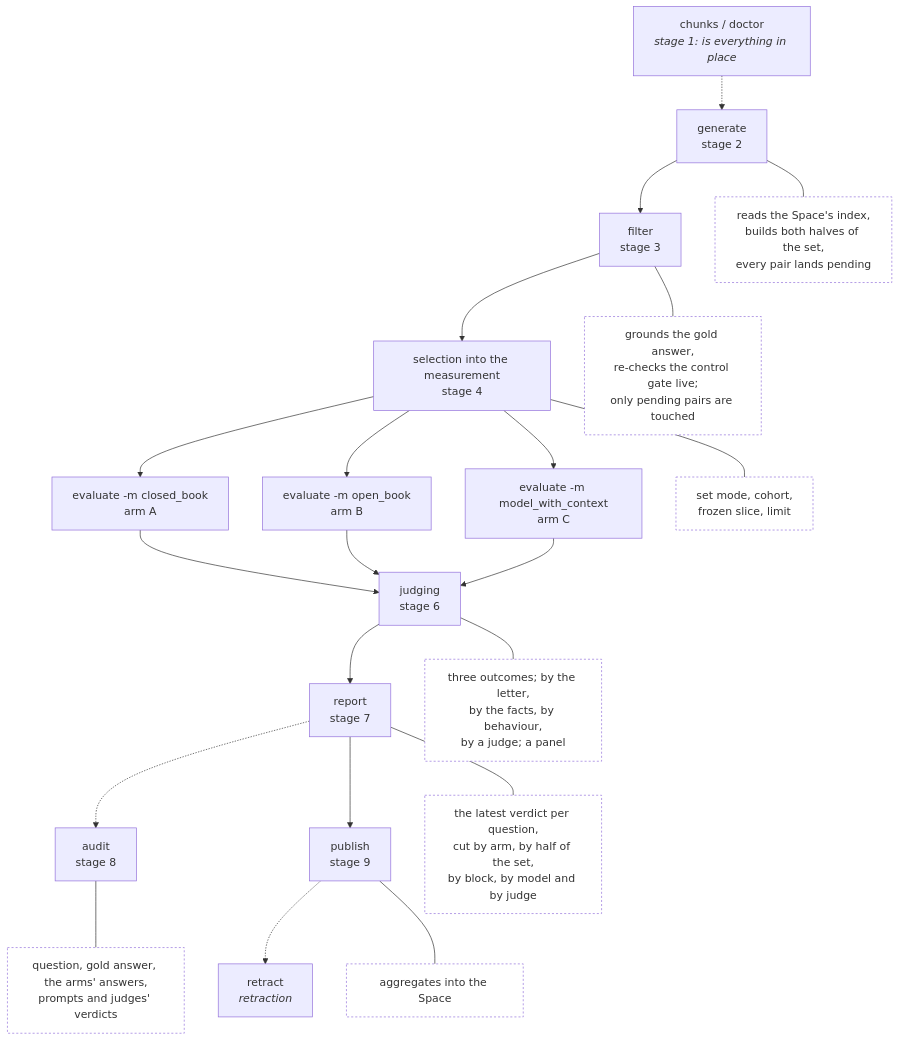
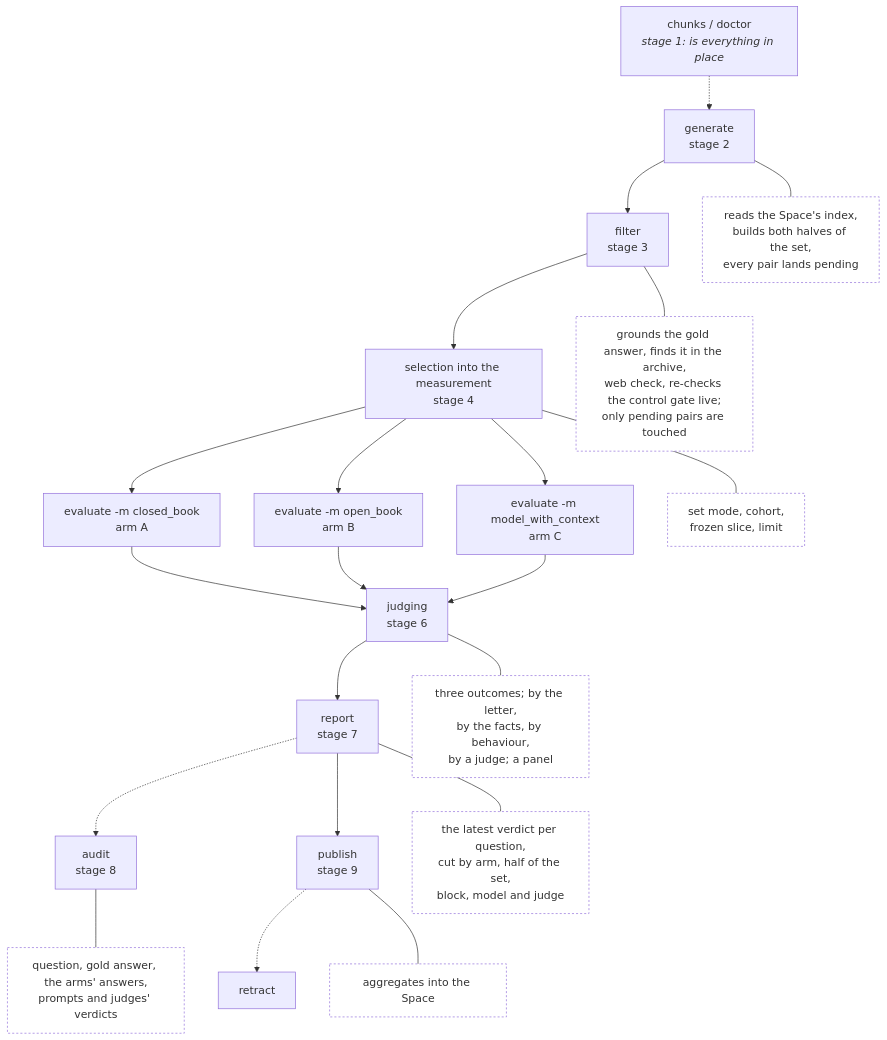
Before and after one commit to OpenMined/syft-space: the second of 2 diagrams in packages/benchmark/docs/README.md, drawn with Mermaid. The commit also changed other lines of this file and 112 other files, not shown here.

Commit message:
feat(benchmark): question quality and grading fixes, archive check, spaCy removed; front matter metadata in Space; docs refreshed

````diff
--- a/packages/benchmark/docs/README.md
+++ b/packages/benchmark/docs/README.md
@@ -95,32 +74,32 @@
 ```mermaid
 flowchart TB
     A["chunks / doctor<br/><i>stage 1: is everything in place</i>"] -.-> B
     B["generate<br/>stage 2"] --> FI["filter<br/>stage 3"]
     FI --> S["selection into the measurement<br/>stage 4"]
     S --> C["evaluate -m closed_book<br/>arm A"]
     S --> D["evaluate -m open_book<br/>arm B"]
     S --> H["evaluate -m model_with_context<br/>arm C"]
     C --> J["judging<br/>stage 6"]
     D --> J
     H --> J
     J --> E["report<br/>stage 7"]
     E -.-> AU["audit<br/>stage 8"]
     E --> F["publish<br/>stage 9"]
-    F -.-> G["retract<br/><i>retraction</i>"]
+    F -.-> G["retract"]
 
     B --- b1["reads the Space's index,<br/>builds both halves of the set,<br/>every pair lands pending"]
-    FI --- fi1["grounds the gold answer,<br/>re-checks the control gate live;<br/>only pending pairs are touched"]
+    FI --- fi1["grounds the gold answer, finds it in the archive,<br/>web check, re-checks the control gate live;<br/>only pending pairs are touched"]
     S --- s1["set mode, cohort,<br/>frozen slice, limit"]
     J --- j1["three outcomes; by the letter,<br/>by the facts, by behaviour,<br/>by a judge; a panel"]
-    E --- e1["the latest verdict per question,<br/>cut by arm, by half of the set,<br/>by block, by model and by judge"]
+    E --- e1["the latest verdict per question,<br/>cut by arm, half of the set,<br/>block, model and judge"]
     AU --- a1["question, gold answer, the arms' answers,<br/>prompts and judges' verdicts"]
     F --- f1["aggregates into the Space"]
 
     style b1 fill:#fff,stroke-dasharray: 3 3
     style fi1 fill:#fff,stroke-dasharray: 3 3
     style s1 fill:#fff,stroke-dasharray: 3 3
     style j1 fill:#fff,stroke-dasharray: 3 3
     style e1 fill:#fff,stroke-dasharray: 3 3
     style a1 fill:#fff,stroke-dasharray: 3 3
     style f1 fill:#fff,stroke-dasharray: 3 3
 ```
````
